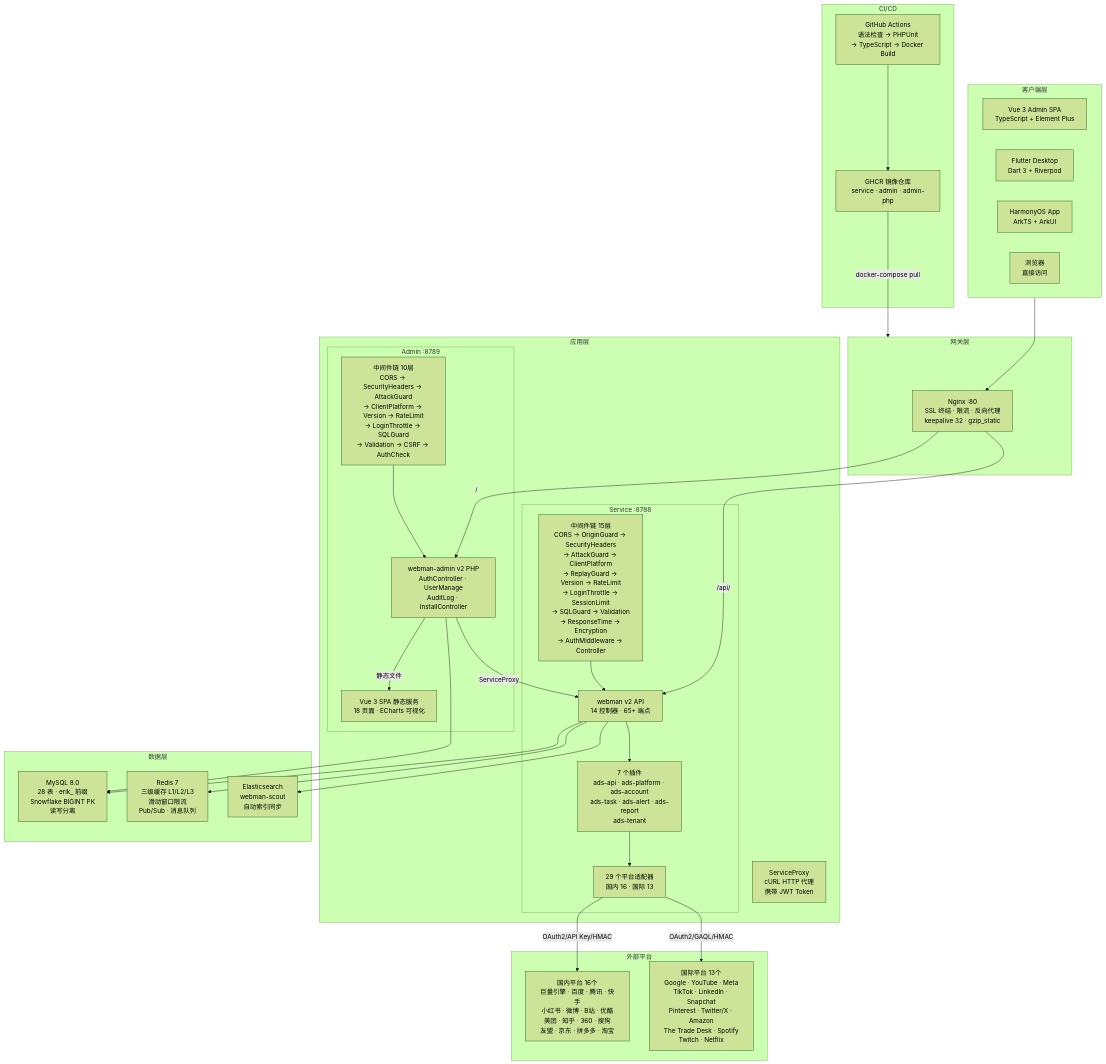
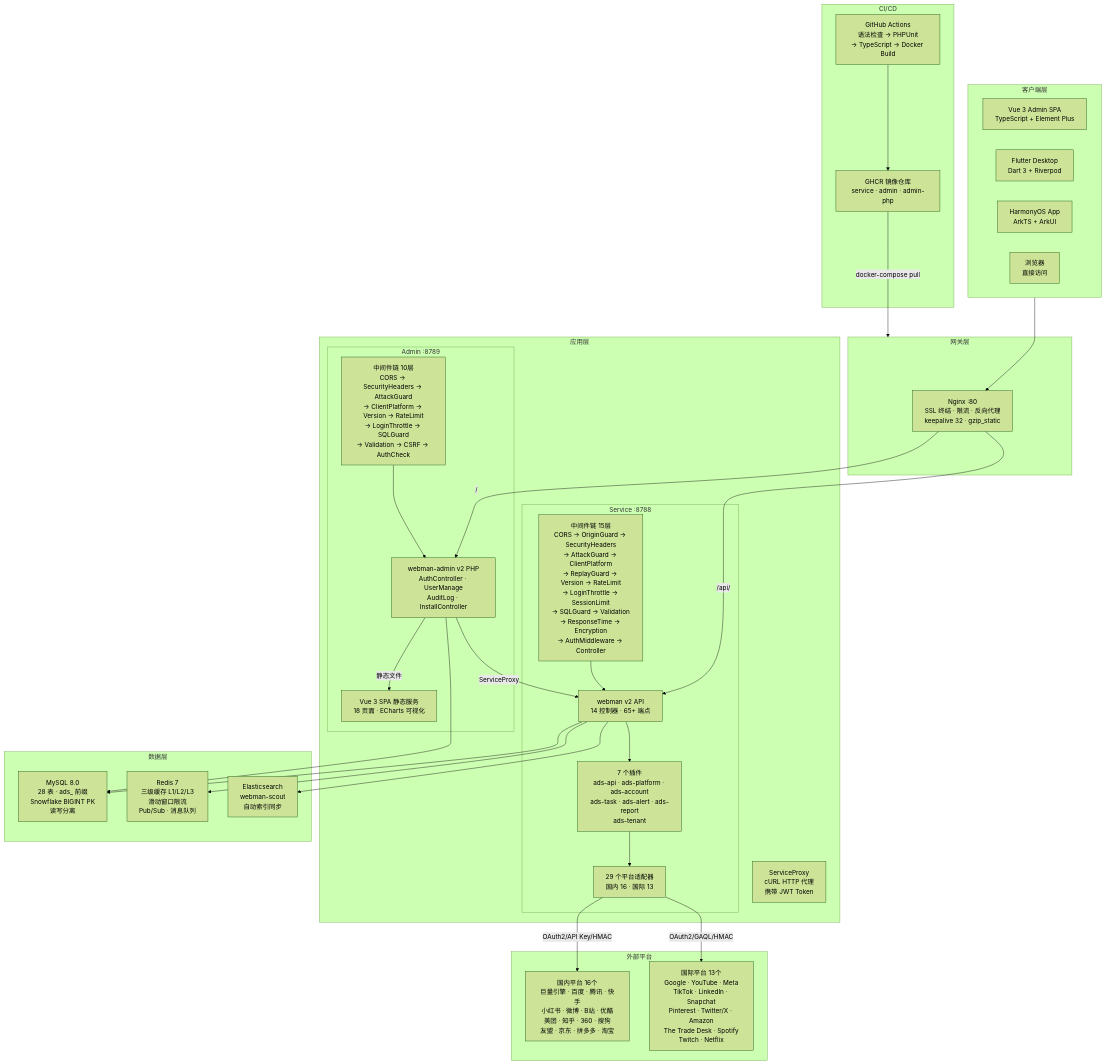
The diagram in docs/diagrams/architecture.md (erikwang2013/ads-php), drawn with Mermaid (forest theme) before and after one commit. The commit also changed 214 other files, not shown here.

Commit message:
refactor(db): 表前缀 erik_ 统一改为 ads_，Redis 键加 ads: 前缀

````diff
--- a/docs/diagrams/architecture.md
+++ b/docs/diagrams/architecture.md
@@ -5,64 +5,64 @@
 ```mermaid
 graph TB
     subgraph Clients["客户端层"]
         Vue["Vue 3 Admin SPA<br/>TypeScript + Element Plus"]
         Flutter["Flutter Desktop<br/>Dart 3 + Riverpod"]
         Harmony["HarmonyOS App<br/>ArkTS + ArkUI"]
         Browser["浏览器<br/>直接访问"]
     end
 
     subgraph Gateway["网关层"]
         Nginx["Nginx :80<br/>SSL 终结 · 限流 · 反向代理<br/>keepalive 32 · gzip_static"]
     end
 
     subgraph AppLayer["应用层"]
         subgraph Admin["Admin :8789"]
             AdminPHP["webman-admin v2 PHP<br/>AuthController · UserManage<br/>AuditLog · InstallController"]
             AdminSPA["Vue 3 SPA 静态服务<br/>18 页面 · ECharts 可视化"]
             AdminMW["中间件链 10层<br/>CORS → SecurityHeaders → AttackGuard<br/>→ ClientPlatform → Version → RateLimit<br/>→ LoginThrottle → SQLGuard<br/>→ Validation → CSRF → AuthCheck"]
         end
 
         subgraph Service["Service :8788"]
             ServiceAPI["webman v2 API<br/>14 控制器 · 65+ 端点"]
             Plugins["7 个插件<br/>ads-api · ads-platform · ads-account<br/>ads-task · ads-alert · ads-report<br/>ads-tenant"]
             Adapters["29 个平台适配器<br/>国内 16 · 国际 13"]
             ServiceMW["中间件链 15层<br/>CORS → OriginGuard → SecurityHeaders<br/>→ AttackGuard → ClientPlatform<br/>→ ReplayGuard → Version → RateLimit<br/>→ LoginThrottle → SessionLimit<br/>→ SQLGuard → Validation<br/>→ ResponseTime → Encryption<br/>→ AuthMiddleware → Controller"]
         end
 
         ServiceProxy["ServiceProxy<br/>cURL HTTP 代理<br/>携带 JWT Token"]
     end
 
     subgraph DataLayer["数据层"]
-        MySQL["MySQL 8.0<br/>28 表 · erik_ 前缀<br/>Snowflake BIGINT PK<br/>读写分离"]
+        MySQL["MySQL 8.0<br/>28 表 · ads_ 前缀<br/>Snowflake BIGINT PK<br/>读写分离"]
         Redis["Redis 7<br/>三级缓存 L1/L2/L3<br/>滑动窗口限流<br/>Pub/Sub · 消息队列"]
         ES["Elasticsearch<br/>webman-scout<br/>自动索引同步"]
     end
 
     subgraph External["外部平台"]
         Domestic["国内平台 16个<br/>巨量引擎 · 百度 · 腾讯 · 快手<br/>小红书 · 微博 · B站 · 优酷<br/>美团 · 知乎 · 360 · 搜狗<br/>友盟 · 京东 · 拼多多 · 淘宝"]
         International["国际平台 13个<br/>Google · YouTube · Meta<br/>TikTok · LinkedIn · Snapchat<br/>Pinterest · Twitter/X · Amazon<br/>The Trade Desk · Spotify<br/>Twitch · Netflix"]
     end
 
     subgraph CICD["CI/CD"]
         GHA["GitHub Actions<br/>语法检查 → PHPUnit<br/>→ TypeScript → Docker Build"]
         GHCR["GHCR 镜像仓库<br/>service · admin · admin-php"]
     end
 
     Clients --> Nginx
     Nginx -->|"/"| AdminPHP
     Nginx -->|"/api/"| ServiceAPI
     AdminPHP -->|"静态文件"| AdminSPA
     AdminMW --> AdminPHP
     ServiceMW --> ServiceAPI
     AdminPHP -->|"ServiceProxy"| ServiceAPI
     ServiceAPI --> Plugins
     Plugins --> Adapters
     Adapters -->|"OAuth2/API Key/HMAC"| Domestic
     Adapters -->|"OAuth2/GAQL/HMAC"| International
     ServiceAPI --> MySQL
     ServiceAPI --> Redis
     ServiceAPI --> ES
     AdminPHP --> MySQL
     GHA --> GHCR
     GHCR -->|"docker-compose pull"| Gateway
 ```
````
